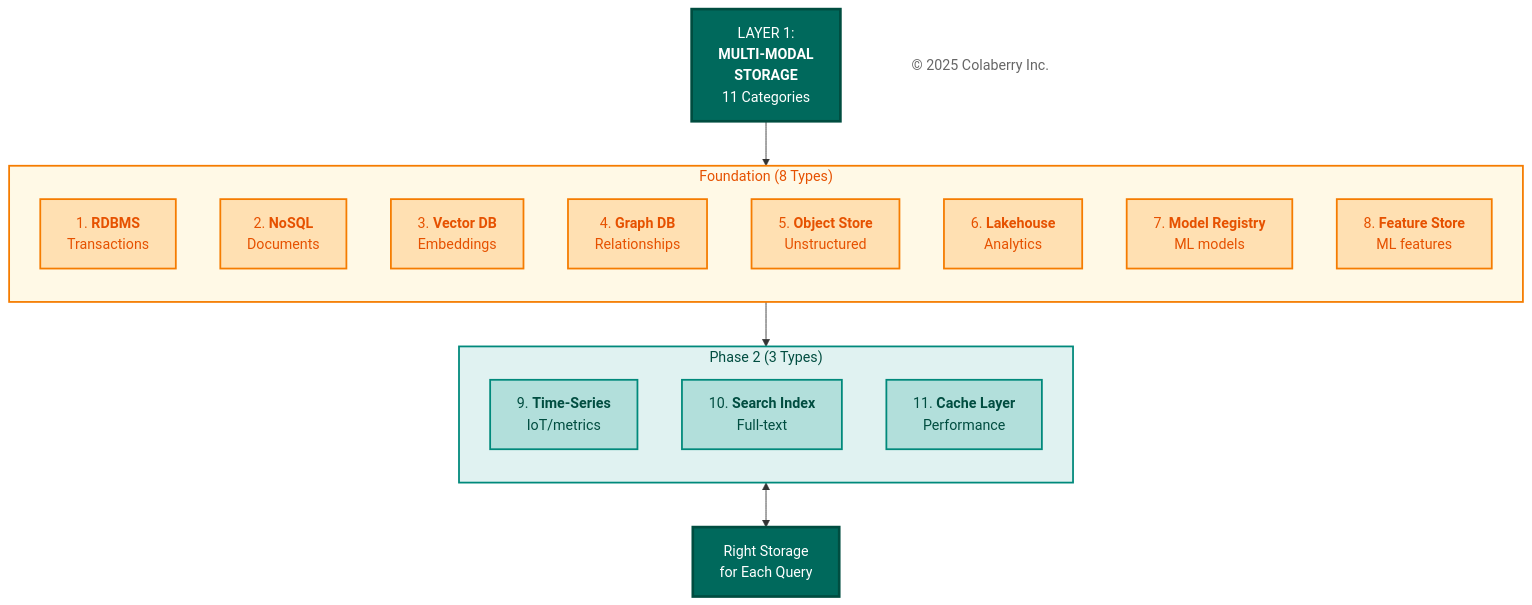
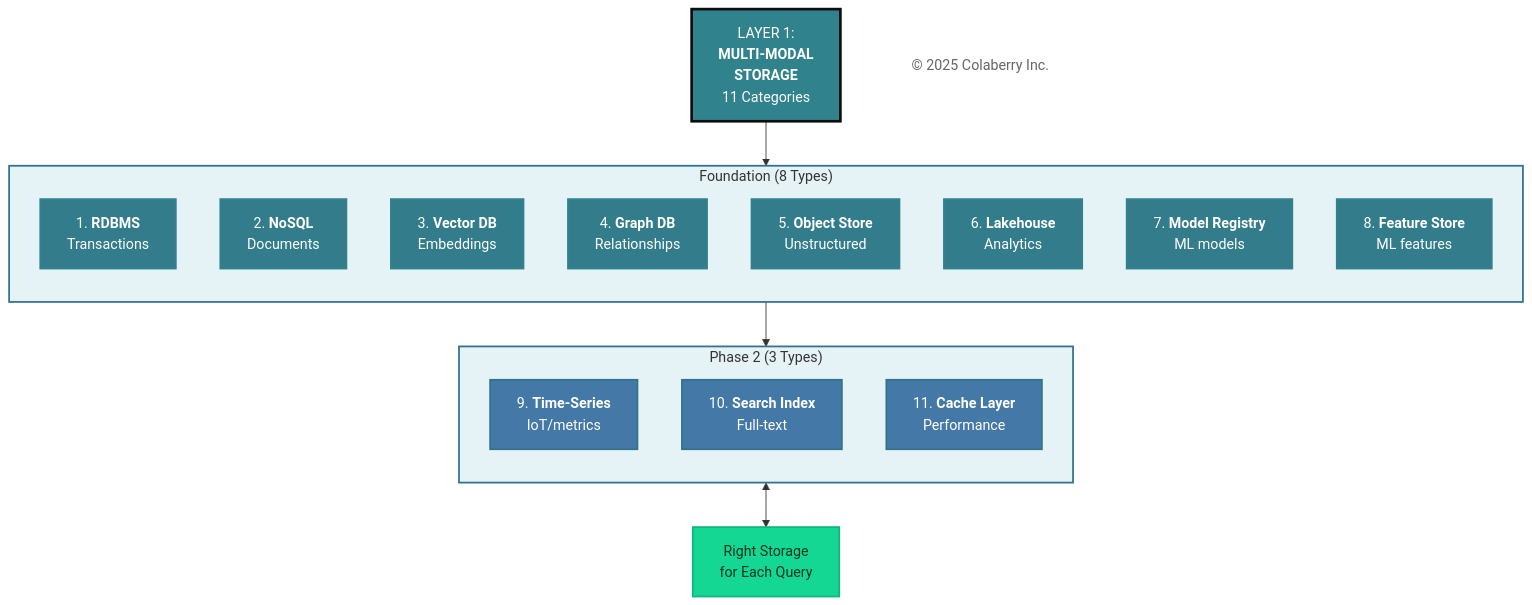
One commit to saitejesh-cyber/trust-before-intelligence-book changed the fifth of 11 diagrams in manuscript/05_chapter_4_foundation_layers.md. Above: the diagram before and after it, drawn with Mermaid. The commit also changed other lines of this file, not shown here.

Commit message:
Update mermaid diagrams as per new coloberry color and contrast ratio for chapter 5

````diff
--- a/manuscript/05_chapter_4_foundation_layers.md
+++ b/manuscript/05_chapter_4_foundation_layers.md
@@ -404,48 +408,48 @@
 ```mermaid
 
 graph TB
     TITLE["LAYER 1:<br/><b>MULTI-MODAL</b><br/><b>STORAGE</b><br/>11 Categories"]
     
     subgraph FOUNDATION["Foundation (8 Types)"]
         direction TB
         S1["1. <b>RDBMS</b><br/>Transactions"]
         S2["2. <b>NoSQL</b><br/>Documents"]
         S3["3. <b>Vector DB</b><br/>Embeddings"]
         S4["4. <b>Graph DB</b><br/>Relationships"]
         S5["5. <b>Object Store</b><br/>Unstructured"]
         S6["6. <b>Lakehouse</b><br/>Analytics"]
         S7["7. <b>Model Registry</b><br/>ML models"]
         S8["8. <b>Feature Store</b><br/>ML features"]
     end
     
     subgraph PHASE2["Phase 2 (3 Types)"]
         direction TB
         S9["9. <b>Time-Series</b><br/>IoT/metrics"]
         S10["10. <b>Search Index</b><br/>Full-text"]
         S11["11. <b>Cache Layer</b><br/>Performance"]
     end
     
     OUTPUT["Right Storage<br/>for Each Query"]
     
     Copyright["© 2025 Colaberry Inc."]
     
     TITLE --> FOUNDATION --> PHASE2 <--> OUTPUT
     
-    style TITLE fill:#00695c,color:#ffffff,stroke:#004d40,stroke-width:3px
-    style FOUNDATION fill:#fff9e6,stroke:#f57c00,stroke-width:2px,color:#e65100
-    style PHASE2 fill:#e0f2f1,stroke:#00897b,stroke-width:2px,color:#004d40
-    style S1 fill:#ffe0b2,stroke:#f57c00,stroke-width:2px,color:#e65100
-    style S2 fill:#ffe0b2,stroke:#f57c00,stroke-width:2px,color:#e65100
-    style S3 fill:#ffe0b2,stroke:#f57c00,stroke-width:2px,color:#e65100
-    style S4 fill:#ffe0b2,stroke:#f57c00,stroke-width:2px,color:#e65100
-    style S5 fill:#ffe0b2,stroke:#f57c00,stroke-width:2px,color:#e65100
-    style S6 fill:#ffe0b2,stroke:#f57c00,stroke-width:2px,color:#e65100
-    style S7 fill:#ffe0b2,stroke:#f57c00,stroke-width:2px,color:#e65100
-    style S8 fill:#ffe0b2,stroke:#f57c00,stroke-width:2px,color:#e65100
-    style S9 fill:#b2dfdb,stroke:#00897b,stroke-width:2px,color:#004d40
-    style S10 fill:#b2dfdb,stroke:#00897b,stroke-width:2px,color:#004d40
-    style S11 fill:#b2dfdb,stroke:#00897b,stroke-width:2px,color:#004d40
-    style OUTPUT fill:#00695c,color:#ffffff,stroke:#004d40,stroke-width:3px
+    style TITLE fill:#30838C,color:#ffffff,stroke:#0D0D0D,stroke-width:3px
+    style FOUNDATION fill:#E6F3F6,stroke:#32738C,stroke-width:2px
+    style PHASE2 fill:#E6F3F6,stroke:#32738C,stroke-width:2px
+    style S1 fill:#327C8C,stroke:#30838C,stroke-width:2px,color:#ffffff
+    style S2 fill:#327C8C,stroke:#30838C,stroke-width:2px,color:#ffffff
+    style S3 fill:#327C8C,stroke:#30838C,stroke-width:2px,color:#ffffff
+    style S4 fill:#327C8C,stroke:#30838C,stroke-width:2px,color:#ffffff
+    style S5 fill:#327C8C,stroke:#30838C,stroke-width:2px,color:#ffffff
+    style S6 fill:#327C8C,stroke:#30838C,stroke-width:2px,color:#ffffff
+    style S7 fill:#327C8C,stroke:#30838C,stroke-width:2px,color:#ffffff
+    style S8 fill:#327C8C,stroke:#30838C,stroke-width:2px,color:#ffffff
+    style S9 fill:#4478A6,stroke:#32738C,stroke-width:2px,color:#ffffff
+    style S10 fill:#4478A6,stroke:#32738C,stroke-width:2px,color:#ffffff
+    style S11 fill:#4478A6,stroke:#32738C,stroke-width:2px,color:#ffffff
+    style OUTPUT fill:#14D793,color:#003322,stroke:#0FB67D,stroke-width:2px
     style Copyright fill:#ffffff,stroke:none,color:#666666
 
 ```
````
